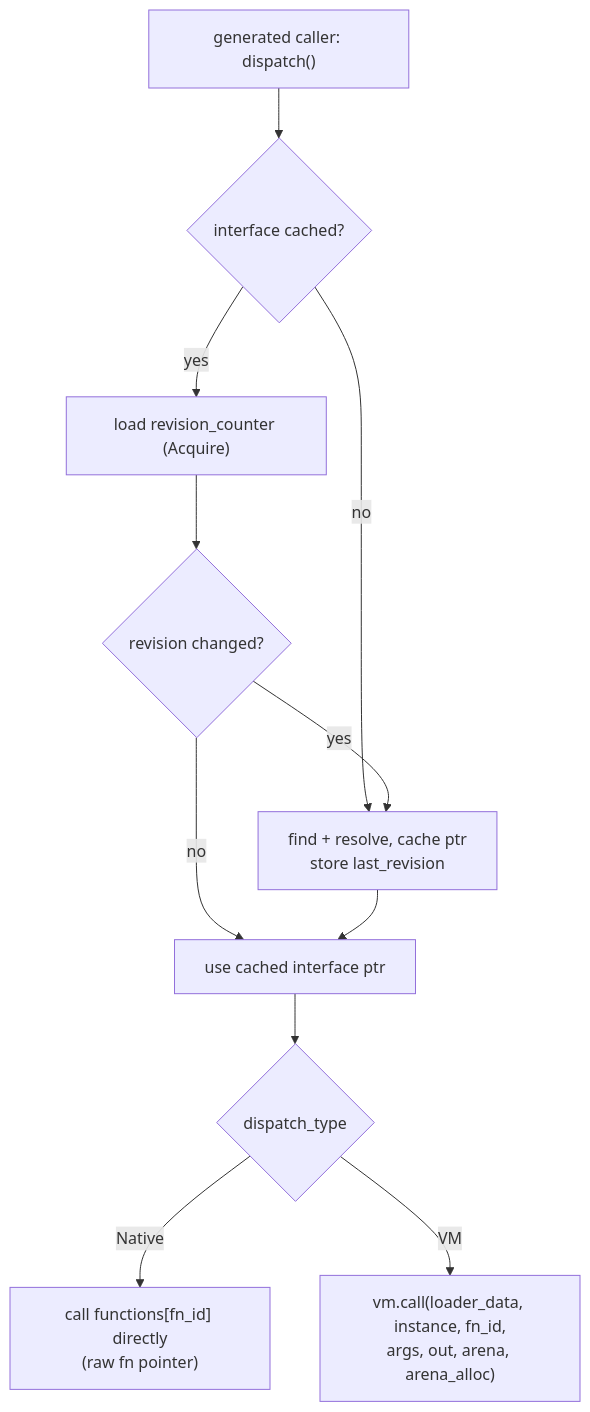
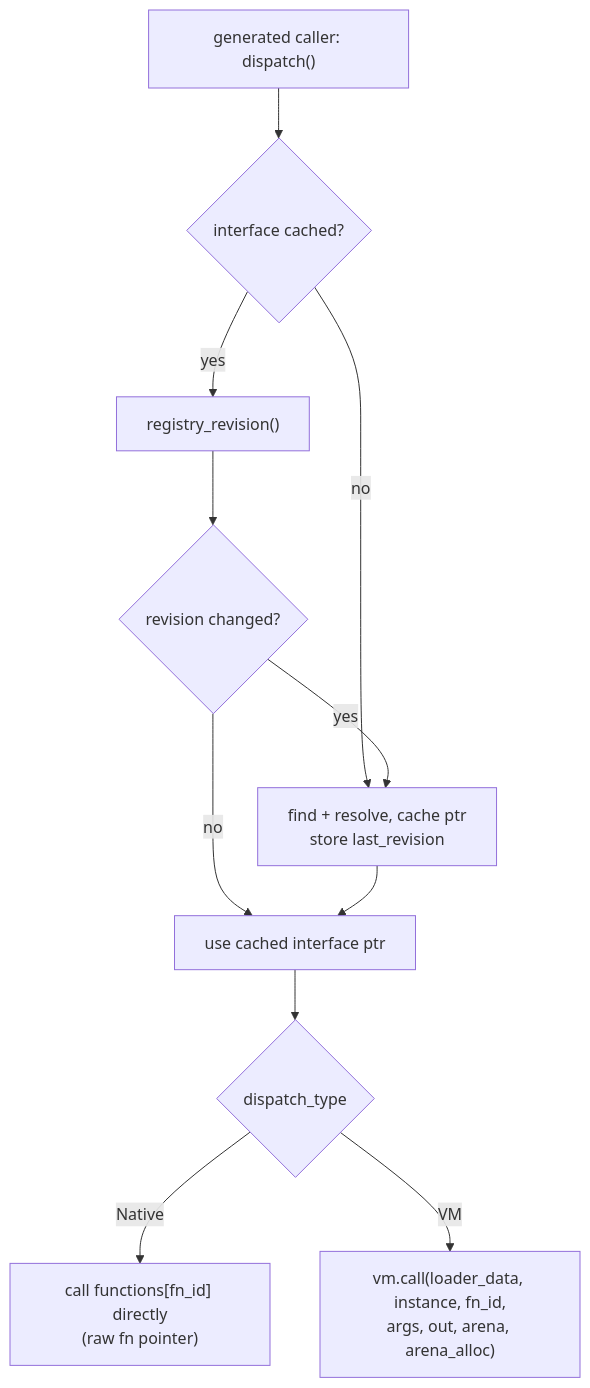
Before and after one commit to polyplug/polyplug: the fourth of 8 diagrams in docs/ARCHITECTURE.md, drawn with Mermaid. The commit also changed other lines of this file and 364 other files, not shown here.

````diff
--- a/docs/ARCHITECTURE.md
+++ b/docs/ARCHITECTURE.md
@@ -149,13 +194,13 @@
 ```mermaid
 flowchart TD
     Start["generated caller: dispatch()"] --> Cached{"interface cached?"}
     Cached -- no --> Resolve["find + resolve, cache ptr<br/>store last_revision"]
-    Cached -- yes --> Poll["load revision_counter (Acquire)"]
+    Cached -- yes --> Poll["registry_revision()"]
     Poll --> Changed{"revision changed?"}
     Changed -- no --> Fast["use cached interface ptr"]
     Changed -- yes --> Resolve
     Resolve --> Fast
     Fast --> Kind{"dispatch_type"}
     Kind -- Native --> Direct["call functions[fn_id] directly<br/>(raw fn pointer)"]
     Kind -- VM --> Tramp["vm.call(loader_data, instance, fn_id,<br/>args, out, arena, arena_alloc)"]
 ```
````
